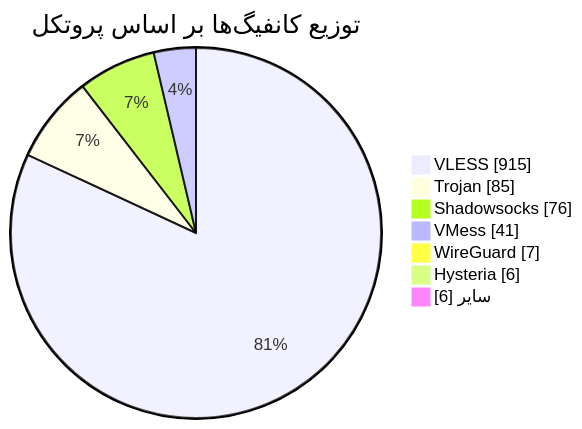
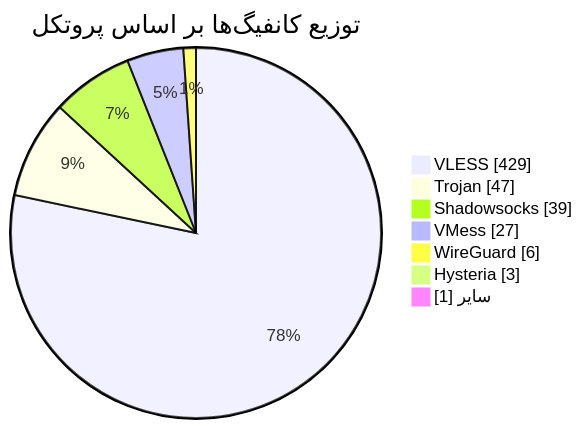
One commit to Arian-Alijani/Somthing changed the diagram in README.md. Above: the diagram before and after it, drawn with Mermaid. The commit also changed other lines of this file and 109 other files, not shown here.

````diff
--- a/README.md
+++ b/README.md
@@ -49,11 +49,11 @@
 ```mermaid
 pie showData
     title توزیع کانفیگ‌ها بر اساس پروتکل
-    "VLESS" : 915
-    "Trojan" : 85
-    "Shadowsocks" : 76
-    "VMess" : 41
-    "WireGuard" : 7
-    "Hysteria" : 6
-    "سایر" : 6
+    "VLESS" : 429
+    "Trojan" : 47
+    "Shadowsocks" : 39
+    "VMess" : 27
+    "WireGuard" : 6
+    "Hysteria" : 3
+    "سایر" : 1
 ```
````
